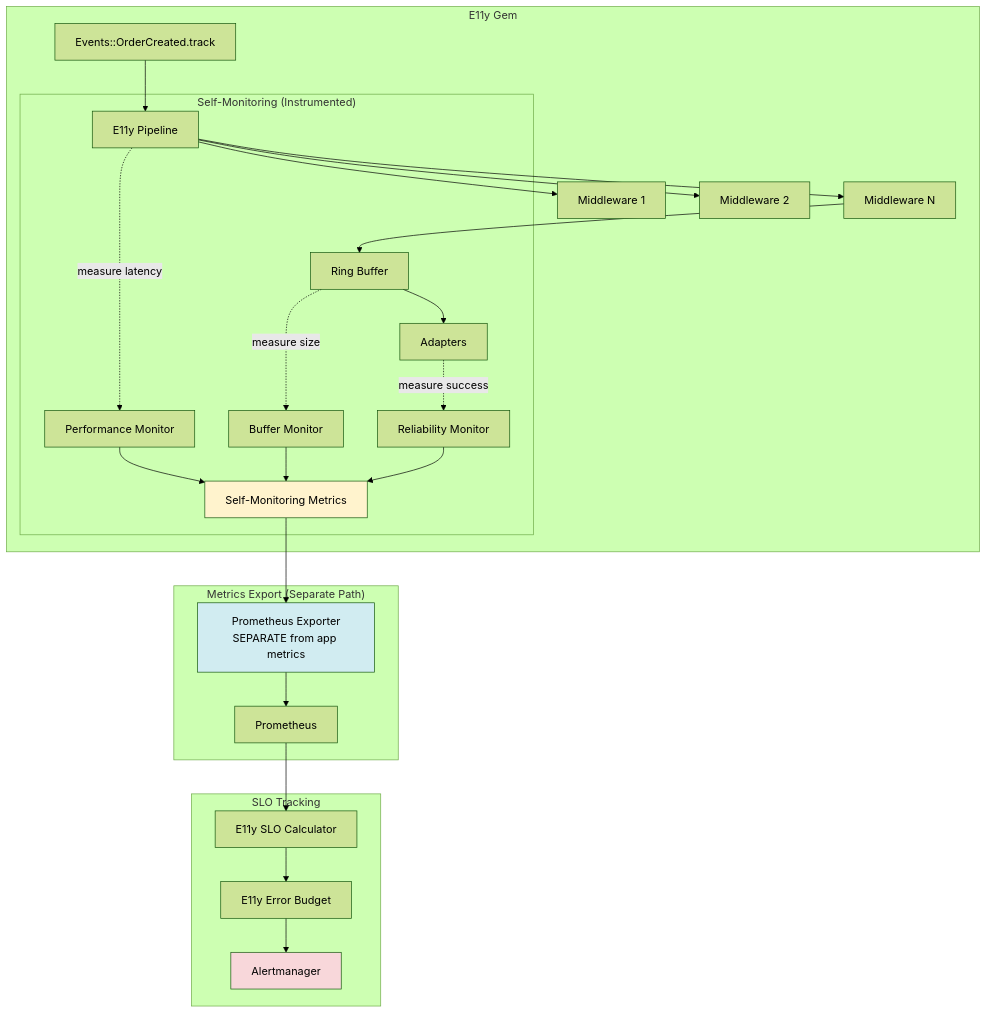
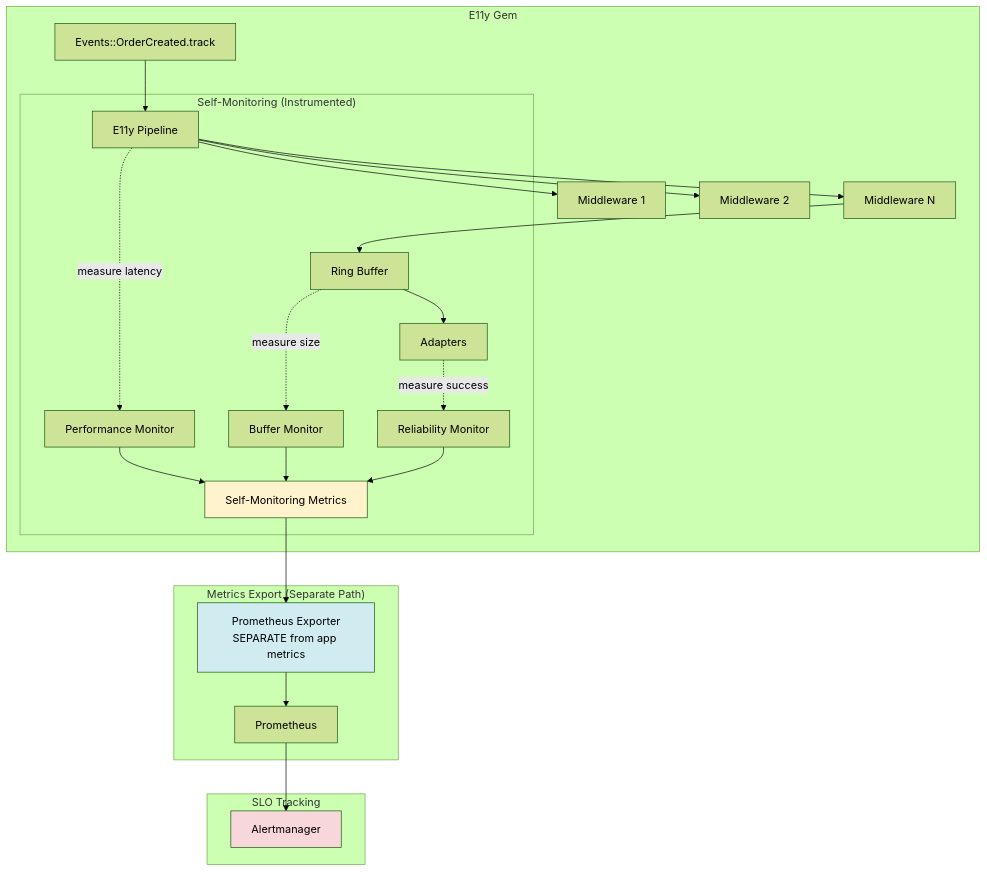
One commit to arturseletskiy/e11y changed the second of 3 diagrams in docs/ADR-016-self-monitoring-slo.md. Above: the diagram before and after it, drawn with Mermaid (forest theme). The commit also changed other lines of this file and 230 other files, not shown here.

````diff
--- a/docs/ADR-016-self-monitoring-slo.md
+++ b/docs/ADR-016-self-monitoring-slo.md
@@ -137,38 +139,36 @@
 ```mermaid
 graph TB
     subgraph "E11y Gem"
         Track[Events::OrderCreated.track] --> Pipeline[E11y Pipeline]
         
         Pipeline --> Middleware1[Middleware 1]
         Pipeline --> Middleware2[Middleware 2]
         Pipeline --> Middleware3[Middleware N]
         
         Middleware3 --> Buffer[Ring Buffer]
         Buffer --> Adapters[Adapters]
         
         subgraph "Self-Monitoring (Instrumented)"
             Pipeline -.->|measure latency| PerfMonitor[Performance Monitor]
             Buffer -.->|measure size| BufferMonitor[Buffer Monitor]
             Adapters -.->|measure success| ReliabilityMonitor[Reliability Monitor]
             
             PerfMonitor --> SelfMetrics[Self-Monitoring Metrics]
             BufferMonitor --> SelfMetrics
             ReliabilityMonitor --> SelfMetrics
         end
     end
     
     subgraph "Metrics Export (Separate Path)"
         SelfMetrics --> PrometheusExporter[Prometheus Exporter<br/>SEPARATE from app metrics]
         PrometheusExporter --> Prometheus[Prometheus]
     end
     
     subgraph "SLO Tracking"
-        Prometheus --> SLOCalc[E11y SLO Calculator]
-        SLOCalc --> ErrorBudget[E11y Error Budget]
-        ErrorBudget --> Alerts[Alertmanager]
+        Prometheus --> Alerts[Alertmanager]
     end
     
     style SelfMetrics fill:#fff3cd
     style PrometheusExporter fill:#d1ecf1
     style Alerts fill:#f8d7da
 ```
````
